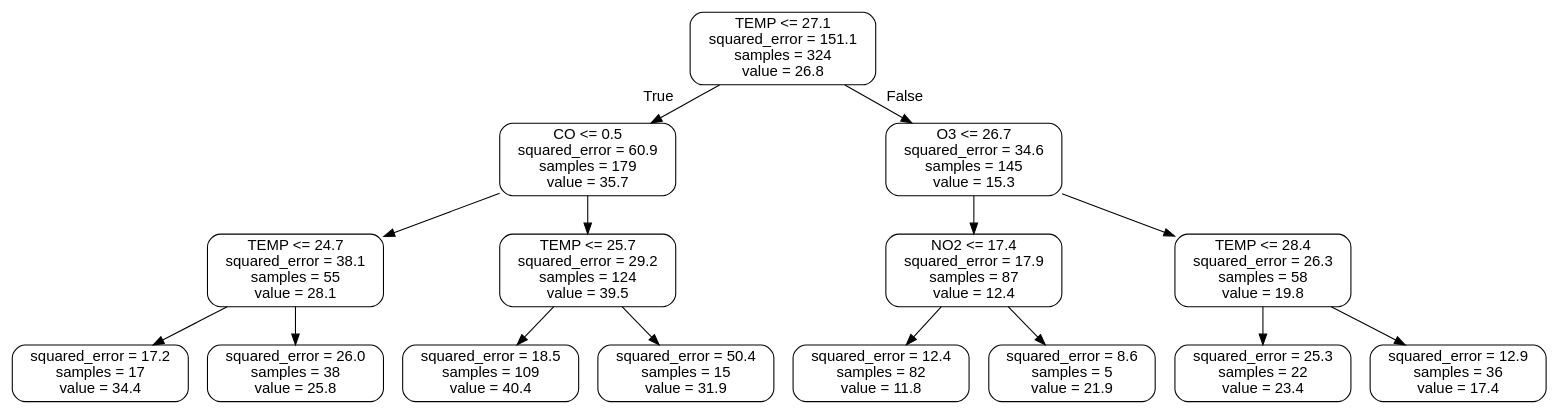
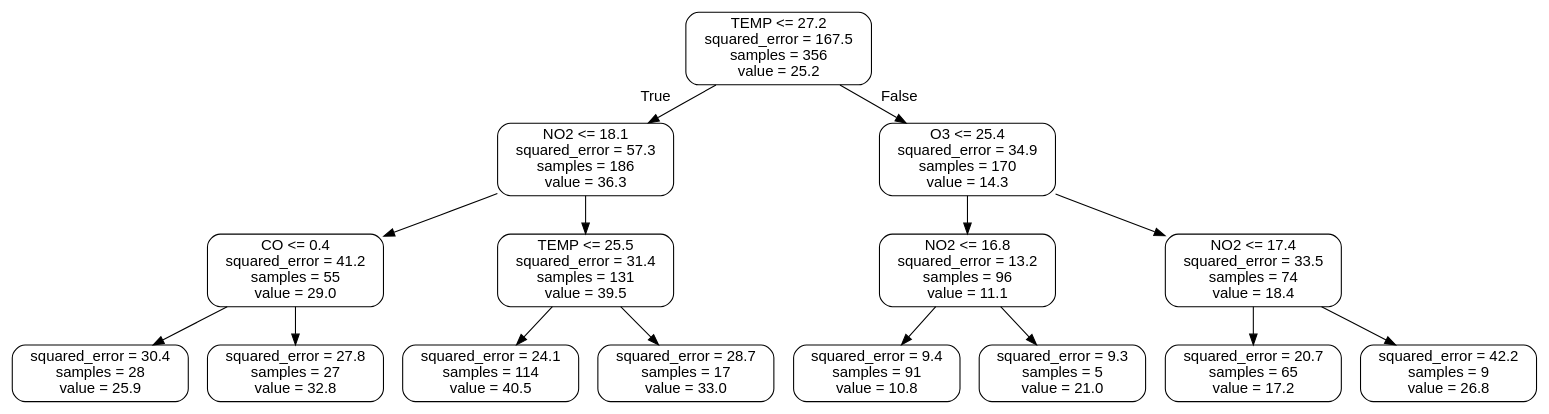
The diagram in _4.python/__code/Python-PM2.5-DataAnalyzing-master/small_tree.dot (bunshue/vcs), drawn with Graphviz before and after one commit. The commit also changed 35 other files, not shown here.

```diff
--- a/_4.python/__code/Python-PM2.5-DataAnalyzing-master/small_tree.dot
+++ b/_4.python/__code/Python-PM2.5-DataAnalyzing-master/small_tree.dot
@@ -1,33 +1,33 @@
 digraph Tree {
 node [shape=box, style="rounded", color="black", fontname="helvetica"] ;
 edge [fontname="helvetica"] ;
-0 [label="TEMP <= 27.1\nsquared_error = 151.1\nsamples = 324\nvalue = 26.8"] ;
-1 [label="CO <= 0.5\nsquared_error = 60.9\nsamples = 179\nvalue = 35.7"] ;
+0 [label="TEMP <= 27.2\nsquared_error = 167.5\nsamples = 356\nvalue = 25.2"] ;
+1 [label="NO2 <= 18.1\nsquared_error = 57.3\nsamples = 186\nvalue = 36.3"] ;
 0 -> 1 [labeldistance=2.5, labelangle=45, headlabel="True"] ;
-2 [label="TEMP <= 24.7\nsquared_error = 38.1\nsamples = 55\nvalue = 28.1"] ;
+2 [label="CO <= 0.4\nsquared_error = 41.2\nsamples = 55\nvalue = 29.0"] ;
 1 -> 2 ;
-3 [label="squared_error = 17.2\nsamples = 17\nvalue = 34.4"] ;
+3 [label="squared_error = 30.4\nsamples = 28\nvalue = 25.9"] ;
 2 -> 3 ;
-4 [label="squared_error = 26.0\nsamples = 38\nvalue = 25.8"] ;
+4 [label="squared_error = 27.8\nsamples = 27\nvalue = 32.8"] ;
 2 -> 4 ;
-5 [label="TEMP <= 25.7\nsquared_error = 29.2\nsamples = 124\nvalue = 39.5"] ;
+5 [label="TEMP <= 25.5\nsquared_error = 31.4\nsamples = 131\nvalue = 39.5"] ;
 1 -> 5 ;
-6 [label="squared_error = 18.5\nsamples = 109\nvalue = 40.4"] ;
+6 [label="squared_error = 24.1\nsamples = 114\nvalue = 40.5"] ;
 5 -> 6 ;
-7 [label="squared_error = 50.4\nsamples = 15\nvalue = 31.9"] ;
+7 [label="squared_error = 28.7\nsamples = 17\nvalue = 33.0"] ;
 5 -> 7 ;
-8 [label="O3 <= 26.7\nsquared_error = 34.6\nsamples = 145\nvalue = 15.3"] ;
+8 [label="O3 <= 25.4\nsquared_error = 34.9\nsamples = 170\nvalue = 14.3"] ;
 0 -> 8 [labeldistance=2.5, labelangle=-45, headlabel="False"] ;
-9 [label="NO2 <= 17.4\nsquared_error = 17.9\nsamples = 87\nvalue = 12.4"] ;
+9 [label="NO2 <= 16.8\nsquared_error = 13.2\nsamples = 96\nvalue = 11.1"] ;
 8 -> 9 ;
-10 [label="squared_error = 12.4\nsamples = 82\nvalue = 11.8"] ;
+10 [label="squared_error = 9.4\nsamples = 91\nvalue = 10.8"] ;
 9 -> 10 ;
-11 [label="squared_error = 8.6\nsamples = 5\nvalue = 21.9"] ;
+11 [label="squared_error = 9.3\nsamples = 5\nvalue = 21.0"] ;
 9 -> 11 ;
-12 [label="TEMP <= 28.4\nsquared_error = 26.3\nsamples = 58\nvalue = 19.8"] ;
+12 [label="NO2 <= 17.4\nsquared_error = 33.5\nsamples = 74\nvalue = 18.4"] ;
 8 -> 12 ;
-13 [label="squared_error = 25.3\nsamples = 22\nvalue = 23.4"] ;
+13 [label="squared_error = 20.7\nsamples = 65\nvalue = 17.2"] ;
 12 -> 13 ;
-14 [label="squared_error = 12.9\nsamples = 36\nvalue = 17.4"] ;
+14 [label="squared_error = 42.2\nsamples = 9\nvalue = 26.8"] ;
 12 -> 14 ;
 }
```
